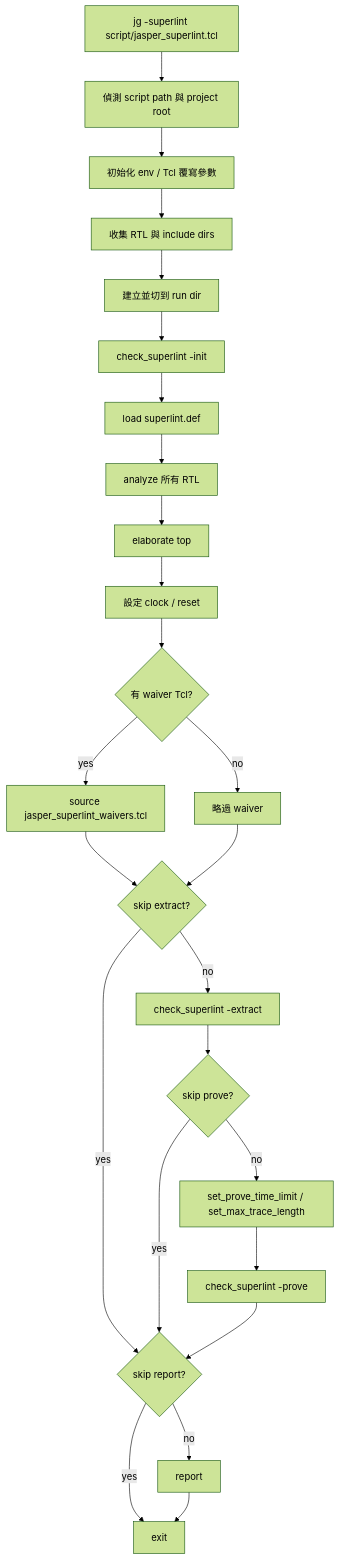
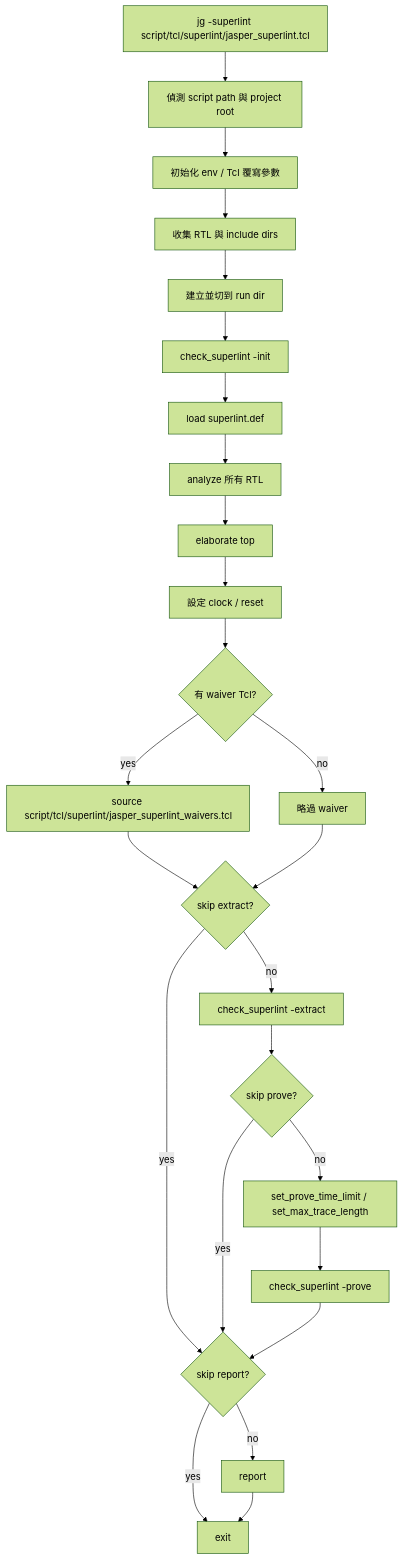
One commit to ppalee1217/hybridacc-torchsim changed the diagram in design/hybridacc-RTL/doc/superlint_guide.md. Above: the diagram before and after it, drawn with Mermaid (forest theme). The commit also changed other lines of this file and 135 other files, not shown here.

First line of the commit message:
checkpoint: snapshot RTL flow before EXE_A PLO stale-replay fix

````diff
--- a/design/hybridacc-RTL/doc/superlint_guide.md
+++ b/design/hybridacc-RTL/doc/superlint_guide.md
@@ -205,27 +208,27 @@
 ```mermaid
 flowchart TD
-    A[jg -superlint script/jasper_superlint.tcl] --> B[偵測 script path 與 project root]
+   A[jg -superlint script/tcl/superlint/jasper_superlint.tcl] --> B[偵測 script path 與 project root]
     B --> C[初始化 env / Tcl 覆寫參數]
     C --> D[收集 RTL 與 include dirs]
     D --> E[建立並切到 run dir]
     E --> F[check_superlint -init]
     F --> G[load superlint.def]
     G --> H[analyze 所有 RTL]
     H --> I[elaborate top]
     I --> J[設定 clock / reset]
     J --> K{有 waiver Tcl?}
-    K -- yes --> L[source jasper_superlint_waivers.tcl]
+   K -- yes --> L[source script/tcl/superlint/jasper_superlint_waivers.tcl]
     K -- no --> M[略過 waiver]
     L --> N{skip extract?}
     M --> N
     N -- no --> O[check_superlint -extract]
     N -- yes --> P{skip report?}
     O --> Q{skip prove?}
     Q -- no --> R[set_prove_time_limit / set_max_trace_length]
     R --> S[check_superlint -prove]
     Q -- yes --> P
     S --> P
     P -- no --> T[report]
     P -- yes --> U[exit]
     T --> U
 ```
````
